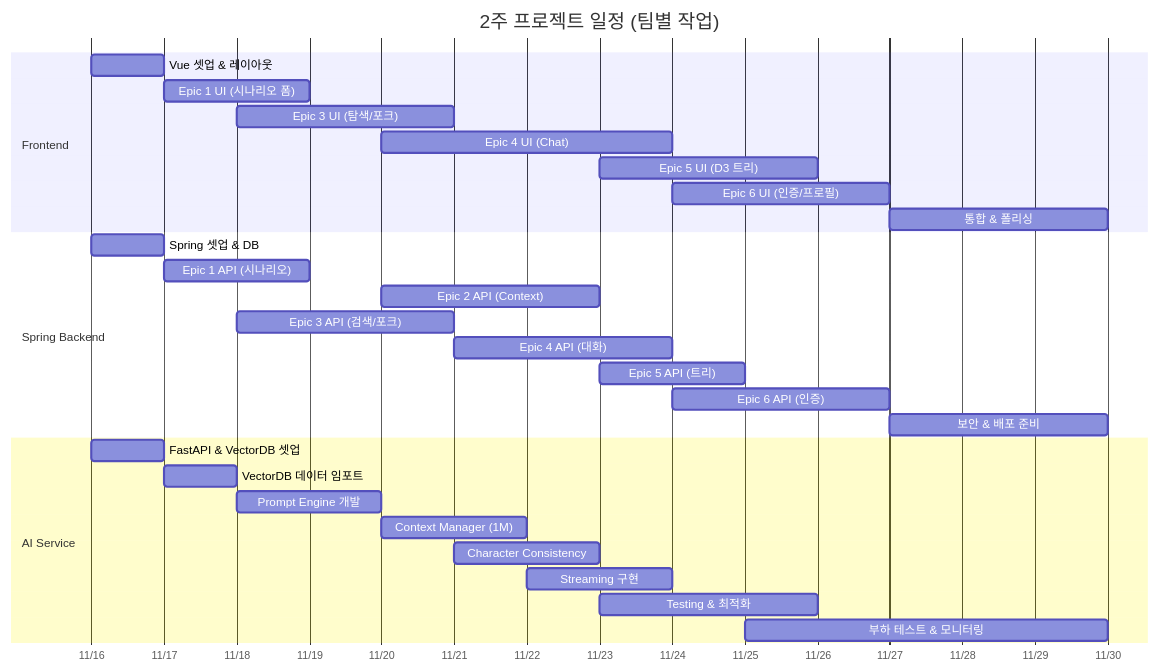
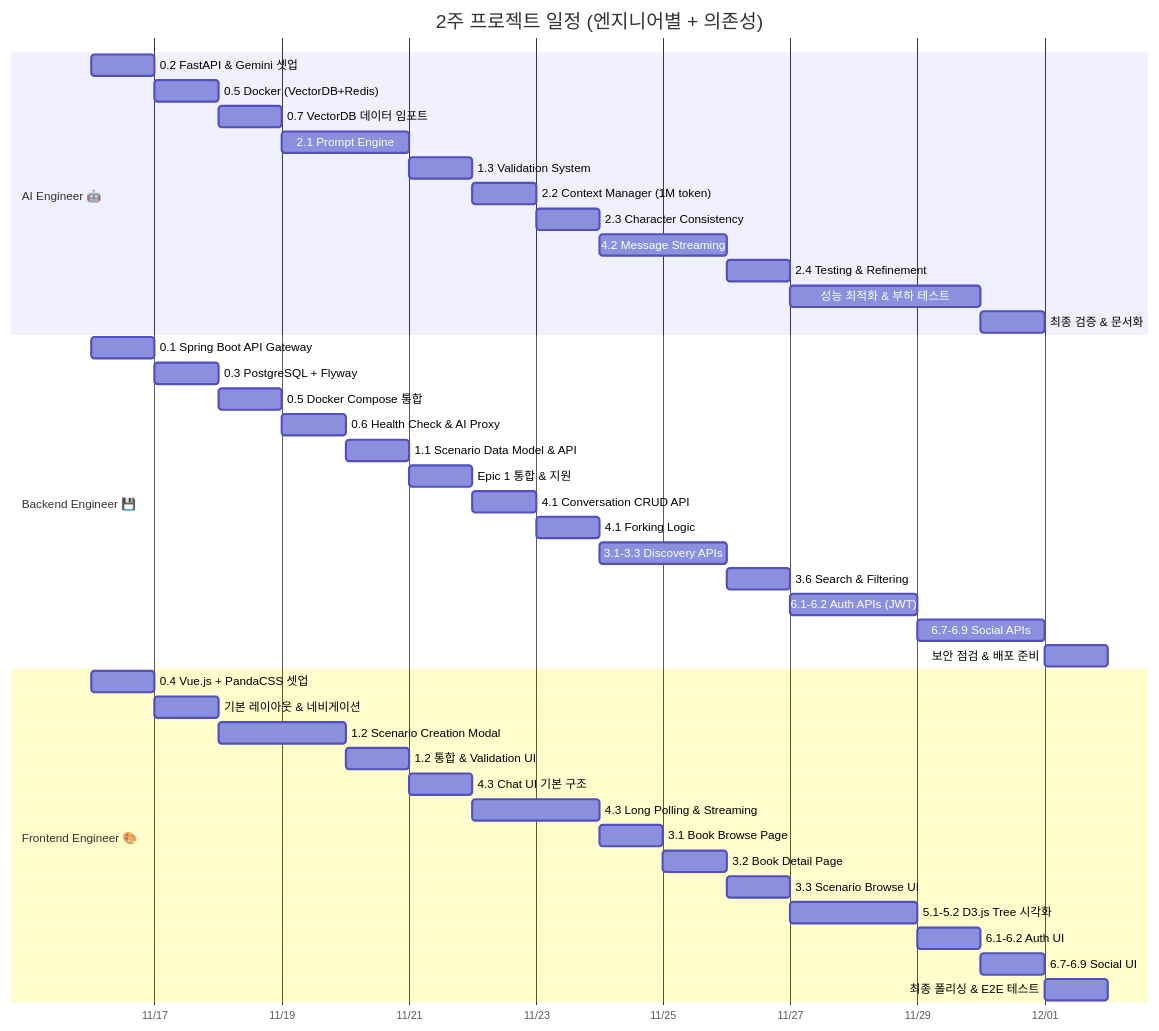
The second of 3 diagrams in docs/GANTT_CHART.md (SideProjectSFY/gajiFE), drawn with Mermaid before and after one commit. The commit also changed other lines of this file and 12 other files, not shown here.

Commit message:
Feat: Refactor implementation roadmap and epic documentation

````diff
--- a/docs/GANTT_CHART.md
+++ b/docs/GANTT_CHART.md
@@ -79,35 +85,49 @@
 ```mermaid
 gantt
-    title 2주 프로젝트 일정 (팀별 작업)
+    title 2주 프로젝트 일정 (엔지니어별 + 의존성)
     dateFormat YYYY-MM-DD
     axisFormat %m/%d
 
-    section Frontend
-    Vue 셋업 & 레이아웃           :fe1, 2025-11-16, 1d
-    Epic 1 UI (시나리오 폼)       :fe2, 2025-11-17, 2d
-    Epic 3 UI (탐색/포크)         :fe3, 2025-11-18, 3d
-    Epic 4 UI (Chat)              :fe4, 2025-11-20, 4d
-    Epic 5 UI (D3 트리)           :fe5, 2025-11-23, 3d
-    Epic 6 UI (인증/프로필)       :fe6, 2025-11-24, 3d
-    통합 & 폴리싱                 :fe7, 2025-11-27, 3d
+    section AI Engineer 🤖
+    0.2 FastAPI & Gemini 셋업        :ai1, 2025-11-16, 1d
+    0.5 Docker (VectorDB+Redis)     :ai2, after ai1, 0.5d
+    0.7 VectorDB 데이터 임포트      :ai3, after ai2, 1d
+    2.1 Prompt Engine                :ai4, after ai3, 2d
+    1.3 Validation System            :ai5, after ai4, 1d
+    2.2 Context Manager (1M token)   :ai6, after ai5, 1d
+    2.3 Character Consistency        :ai7, after ai6, 1d
+    4.2 Message Streaming            :ai8, after ai7, 2d
+    2.4 Testing & Refinement         :ai9, after ai8, 1d
+    성능 최적화 & 부하 테스트        :ai10, after ai9, 3d
+    최종 검증 & 문서화               :ai11, after ai10, 1d
 
-    section Spring Backend
-    Spring 셋업 & DB              :be1, 2025-11-16, 1d
-    Epic 1 API (시나리오)         :be2, 2025-11-17, 2d
-    Epic 2 API (Context)          :be3, 2025-11-20, 3d
-    Epic 3 API (검색/포크)        :be4, 2025-11-18, 3d
-    Epic 4 API (대화)             :be5, 2025-11-21, 3d
-    Epic 5 API (트리)             :be6, 2025-11-23, 2d
-    Epic 6 API (인증)             :be7, 2025-11-24, 3d
-    보안 & 배포 준비              :be8, 2025-11-27, 3d
+    section Backend Engineer 💾
+    0.1 Spring Boot API Gateway     :be1, 2025-11-16, 1d
+    0.3 PostgreSQL + Flyway         :be2, after be1, 1d
+    0.5 Docker Compose 통합         :be3, after be2, 0.5d
+    0.6 Health Check & AI Proxy     :be4, after be3, 1d
+    1.1 Scenario Data Model & API   :be5, after be4, 1d
+    Epic 1 통합 & 지원              :be6, after be5, 1d
+    4.1 Conversation CRUD API       :be7, after be6, 1d
+    4.1 Forking Logic               :be8, after be7, 1d
+    3.1-3.3 Discovery APIs          :be9, after be8, 2d
+    3.6 Search & Filtering          :be10, after be9, 1d
+    6.1-6.2 Auth APIs (JWT)         :be11, after be10, 2d
+    6.7-6.9 Social APIs             :be12, after be11, 2d
+    보안 점검 & 배포 준비           :be13, after be12, 1d
 
-    section AI Service
-    FastAPI & VectorDB 셋업       :ai1, 2025-11-16, 1d
-    VectorDB 데이터 임포트        :ai2, 2025-11-17, 1d
-    Prompt Engine 개발            :ai3, 2025-11-18, 2d
-    Context Manager (1M)          :ai4, 2025-11-20, 2d
-    Character Consistency         :ai5, 2025-11-21, 2d
-    Streaming 구현                :ai6, 2025-11-22, 2d
-    Testing & 최적화              :ai7, 2025-11-23, 3d
-    부하 테스트 & 모니터링        :ai8, 2025-11-25, 5d
+    section Frontend Engineer 🎨
+    0.4 Vue.js + PandaCSS 셋업      :fe1, 2025-11-16, 1d
+    기본 레이아웃 & 네비게이션       :fe2, after fe1, 1d
+    1.2 Scenario Creation Modal     :fe3, after fe2, 2d
+    1.2 통합 & Validation UI        :fe4, after fe3, 1d
+    4.3 Chat UI 기본 구조           :fe5, after fe4, 1d
+    4.3 Long Polling & Streaming    :fe6, after fe5, 2d
+    3.1 Book Browse Page            :fe7, after fe6, 1d
+    3.2 Book Detail Page            :fe8, after fe7, 1d
+    3.3 Scenario Browse UI          :fe9, after fe8, 1d
+    5.1-5.2 D3.js Tree 시각화       :fe10, after fe9, 2d
+    6.1-6.2 Auth UI                 :fe11, after fe10, 1d
+    6.7-6.9 Social UI               :fe12, after fe11, 1d
+    최종 폴리싱 & E2E 테스트        :fe13, after fe12, 1d
 ```
````
